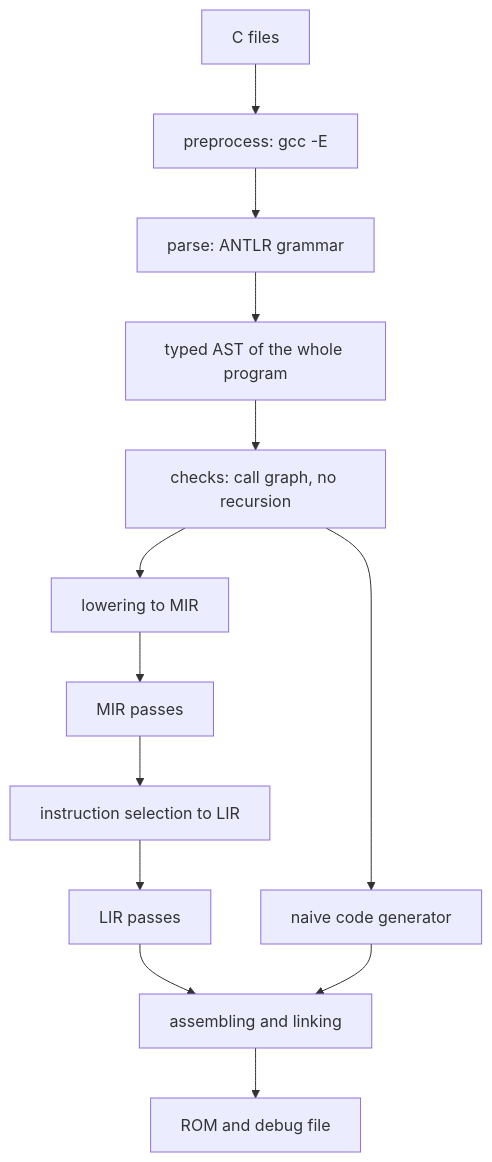
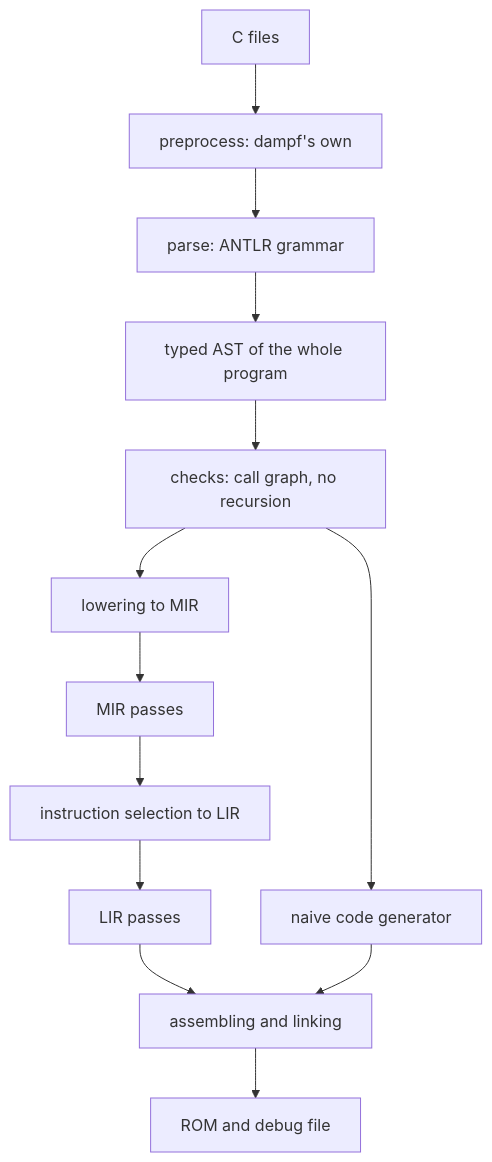
One commit to skerkewitz/superdevkit changed the diagram in docs/book/inside/how-a-compile-works.md. Above: the diagram before and after it, drawn with Mermaid. The commit also changed other lines of this file and 46 other files, not shown here.

````diff
--- a/docs/book/inside/how-a-compile-works.md
+++ b/docs/book/inside/how-a-compile-works.md
@@ -16,15 +16,15 @@
 ```mermaid
 flowchart TD
-    C[C files] --> PP[preprocess: gcc -E]
+    C[C files] --> PP[preprocess: dampf's own]
     PP --> P[parse: ANTLR grammar]
     P --> AST[typed AST of the whole program]
     AST --> CHK[checks: call graph, no recursion]
     CHK --> LOW[lowering to MIR]
     LOW --> PASS[MIR passes]
     PASS --> SEL[instruction selection to LIR]
     SEL --> LP[LIR passes]
     CHK --> NCG[naive code generator]
     LP --> AS[assembling and linking]
     NCG --> AS
     AS --> ROM[ROM and debug file]
 ```
````
